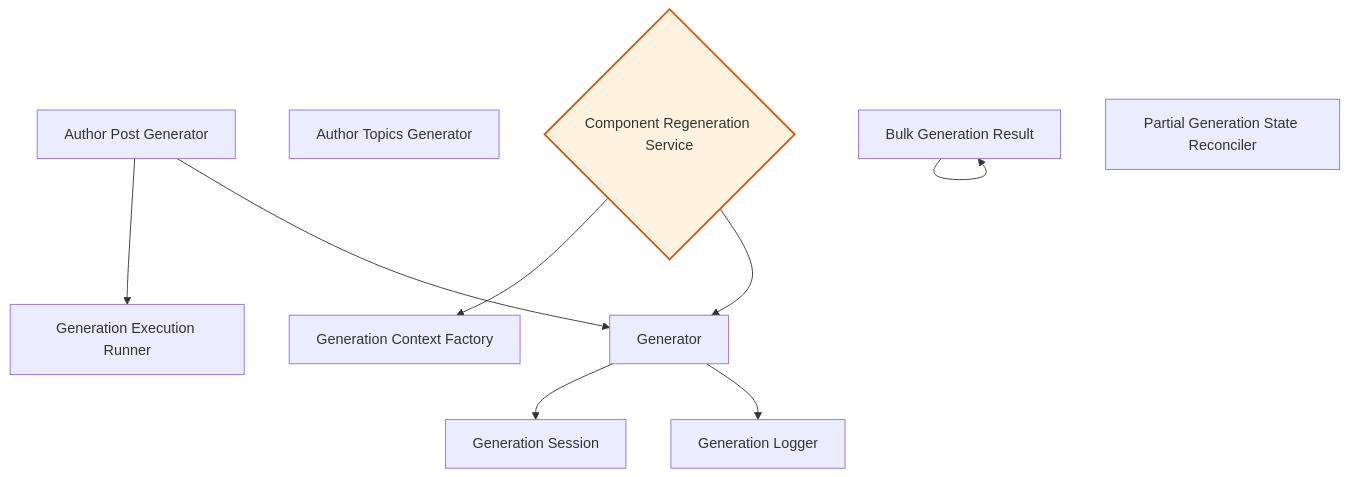
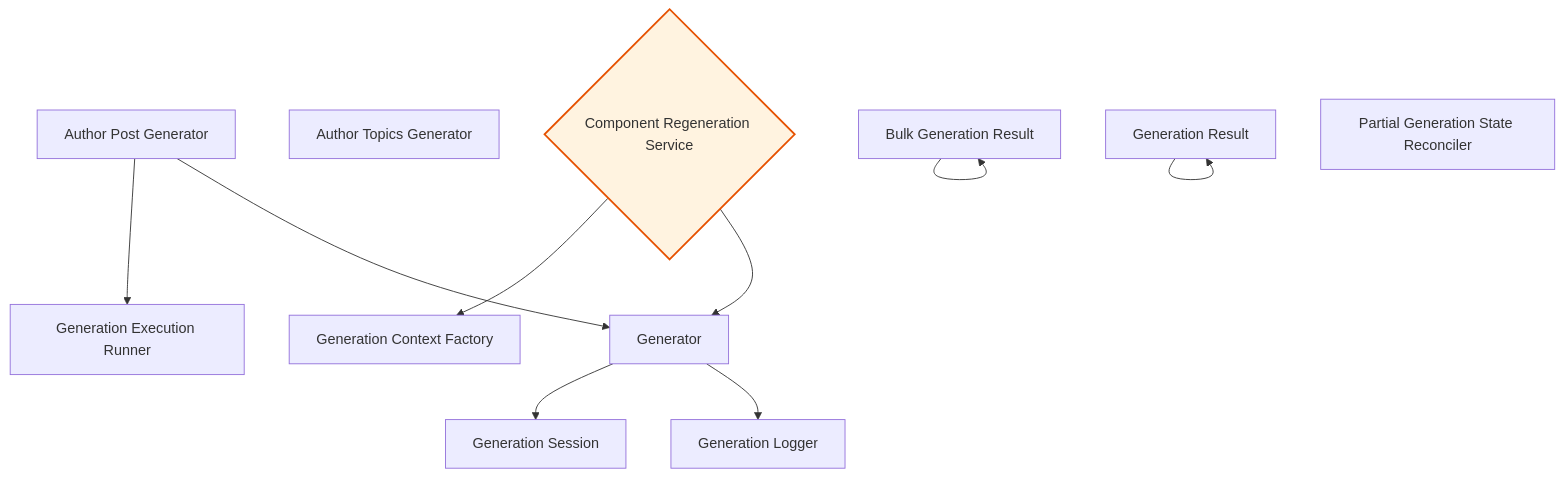
One commit to rpnunez/wp-ai-scheduler changed the second of 10 diagrams in docs/feature-report.md. Above: the diagram before and after it, drawn with Mermaid. The commit also changed other lines of this file and 1 other file, not shown here.

````diff
--- a/docs/feature-report.md
+++ b/docs/feature-report.md
@@ -105,28 +106,30 @@
 ```mermaid
 flowchart TD
     %% Core Generation Architecture
 
     Author_Post_Generator["Author Post Generator"]
     Author_Topics_Generator["Author Topics Generator"]
     Bulk_Generation_Result["Bulk Generation Result"]
     Component_Regeneration_Service{"Component Regeneration Service"}
     Generation_Context_Factory["Generation Context Factory"]
     Generation_Execution_Runner["Generation Execution Runner"]
     Generation_Logger["Generation Logger"]
+    Generation_Result["Generation Result"]
     Generation_Session["Generation Session"]
     Generator["Generator"]
     Partial_Generation_State_Reconciler["Partial Generation State Reconciler"]
 
     Author_Post_Generator --> Generation_Execution_Runner
     Author_Post_Generator --> Generator
     Bulk_Generation_Result --> Bulk_Generation_Result
     Component_Regeneration_Service --> Generation_Context_Factory
     Component_Regeneration_Service --> Generator
+    Generation_Result --> Generation_Result
     Generator --> Generation_Session
     Generator --> Generation_Logger
 
     classDef repository fill:#e1f5ff,stroke:#01579b,stroke-width:2px
     classDef service fill:#fff3e0,stroke:#e65100,stroke-width:2px
     classDef controller fill:#f3e5f5,stroke:#4a148c,stroke-width:2px
     class Component_Regeneration_Service service
 ```
````
